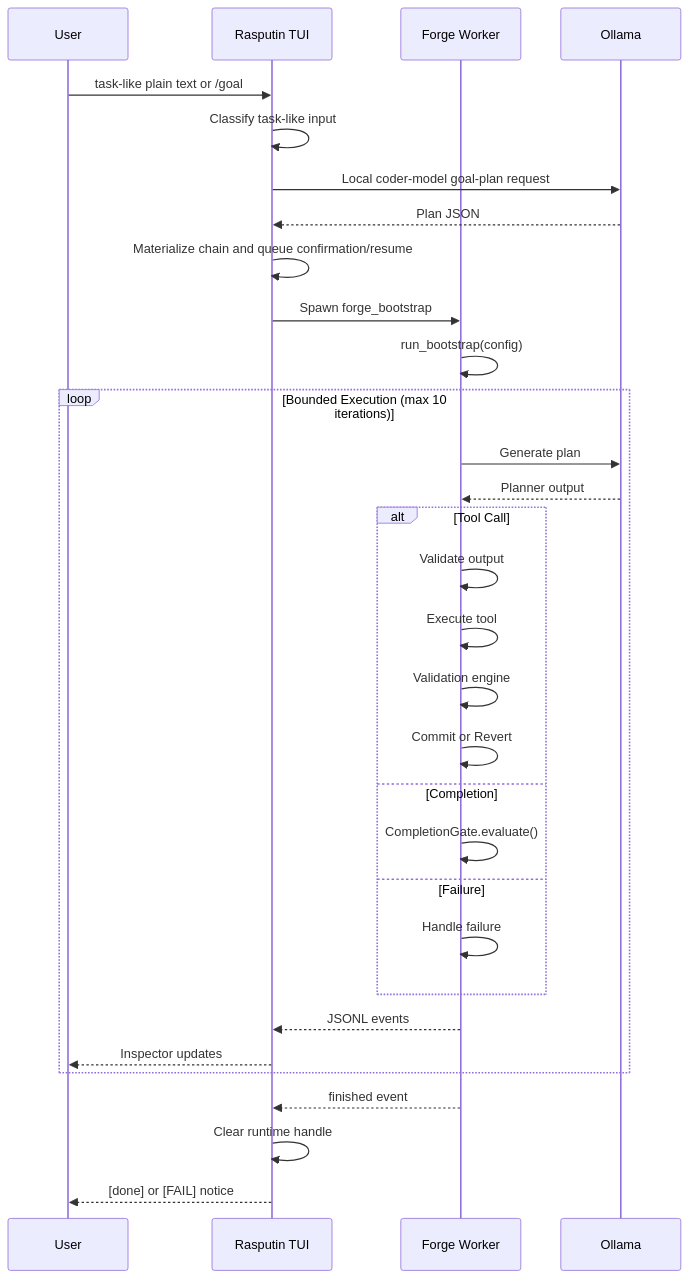
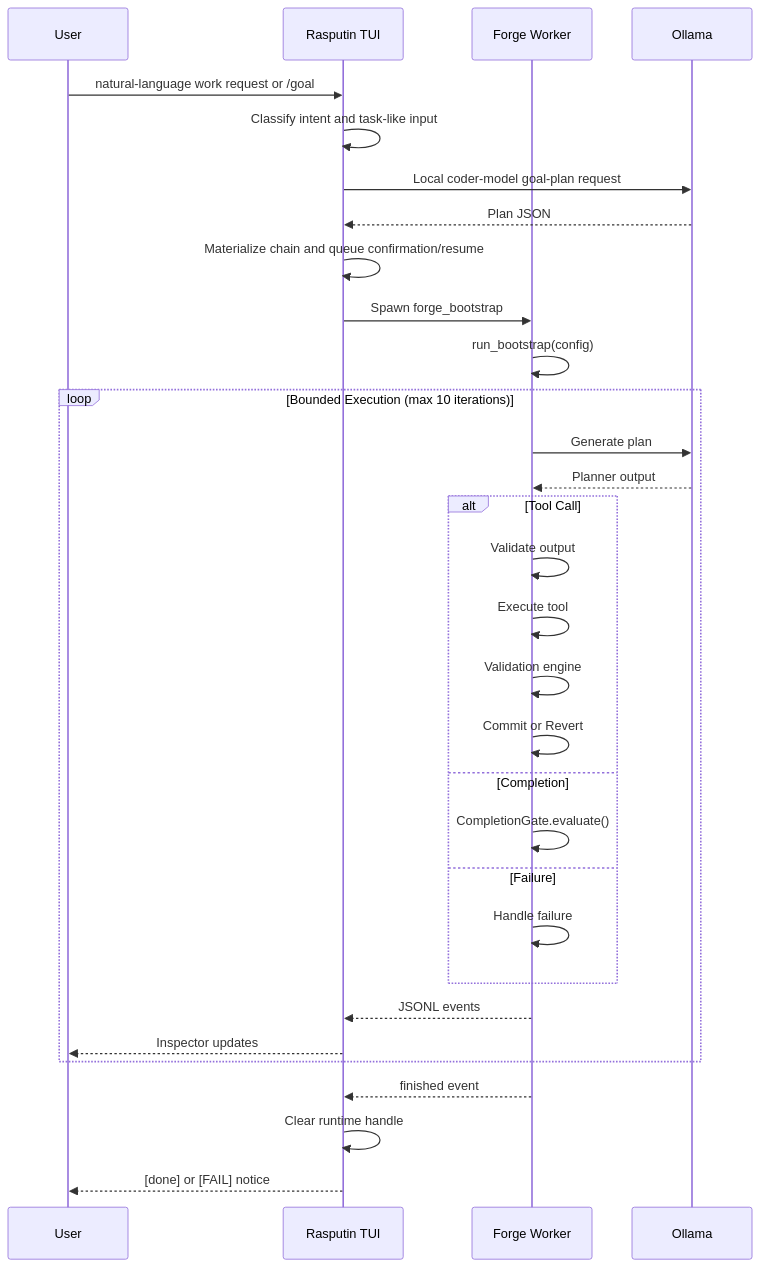
One commit to Keyboard-Lord/Rasputin-Coder changed the fourth of 7 diagrams in docs/06_MAIN_WORKFLOWS.md. Above: the diagram before and after it, drawn with Mermaid. The commit also changed other lines of this file and 18 other files, not shown here.

````diff
--- a/docs/06_MAIN_WORKFLOWS.md
+++ b/docs/06_MAIN_WORKFLOWS.md
@@ -40,38 +69,38 @@
 ```mermaid
 sequenceDiagram
     participant User
     participant TUI as Rasputin TUI
     participant Worker as Forge Worker
     participant Ollama
 
-    User->>TUI: task-like plain text or /goal
-    TUI->>TUI: Classify task-like input
+    User->>TUI: natural-language work request or /goal
+    TUI->>TUI: Classify intent and task-like input
     TUI->>Ollama: Local coder-model goal-plan request
     Ollama-->>TUI: Plan JSON
     TUI->>TUI: Materialize chain and queue confirmation/resume
     TUI->>Worker: Spawn forge_bootstrap
     Worker->>Worker: run_bootstrap(config)
     
     loop Bounded Execution (max 10 iterations)
         Worker->>Ollama: Generate plan
         Ollama-->>Worker: Planner output
         
         alt Tool Call
             Worker->>Worker: Validate output
             Worker->>Worker: Execute tool
             Worker->>Worker: Validation engine
             Worker->>Worker: Commit or Revert
         else Completion
             Worker->>Worker: CompletionGate.evaluate()
         else Failure
             Worker->>Worker: Handle failure
         end
         
         Worker-->>TUI: JSONL events
         TUI-->>User: Inspector updates
     end
     
     Worker-->>TUI: finished event
     TUI->>TUI: Clear runtime handle
     TUI-->>User: [done] or [FAIL] notice
 ```
````
